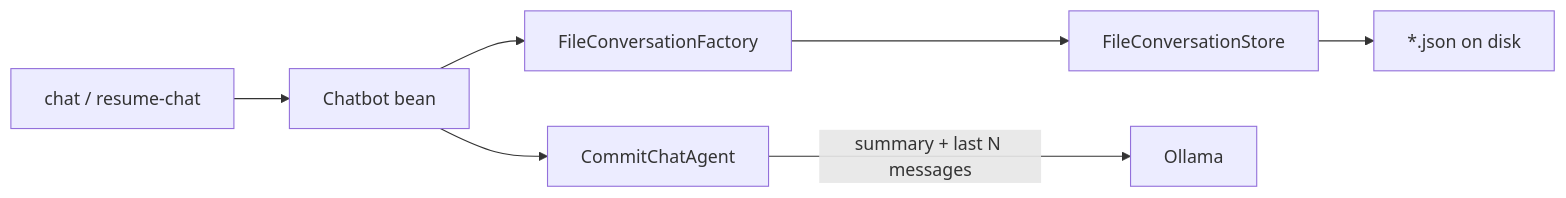
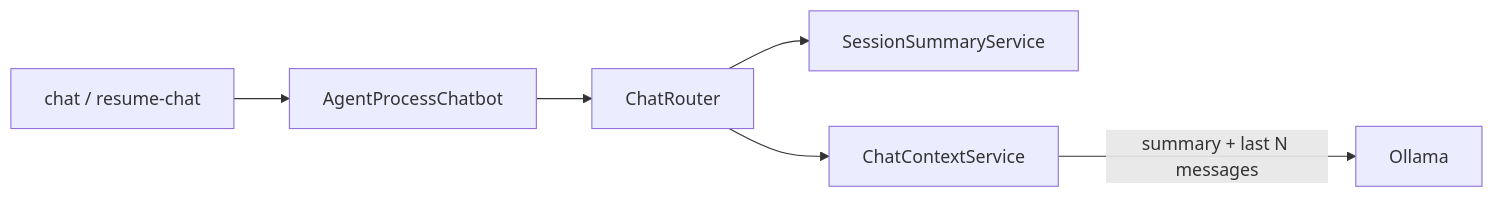
Before and after one commit to pbego/simple-embable-demo: the diagram in TUTORIAL-MEMORY-SUMMARIZATION.md, drawn with Mermaid. The commit also changed other lines of this file and 38 other files, not shown here.

````diff
--- a/TUTORIAL-MEMORY-SUMMARIZATION.md
+++ b/TUTORIAL-MEMORY-SUMMARIZATION.md
@@ -118,16 +114,14 @@
 ```mermaid
 flowchart LR
   chatCmd["chat / resume-chat"]
-  Chatbot["Chatbot bean"]
-  Factory["FileConversationFactory"]
-  Store["FileConversationStore"]
-  Disk["*.json on disk"]
-  Agent["CommitChatAgent"]
+  Chatbot["AgentProcessChatbot"]
+  Router["ChatRouter"]
+  Summary["SessionSummaryService"]
+  Ctx["ChatContextService"]
 
   chatCmd --> Chatbot
-  Chatbot --> Factory
-  Factory --> Store
-  Store --> Disk
-  Chatbot --> Agent
-  Agent -->|"summary + last N messages"| LLM[Ollama]
+  Chatbot --> Router
+  Router --> Summary
+  Router --> Ctx
+  Ctx -->|"summary + last N messages"| LLM[Ollama]
 ```
````
